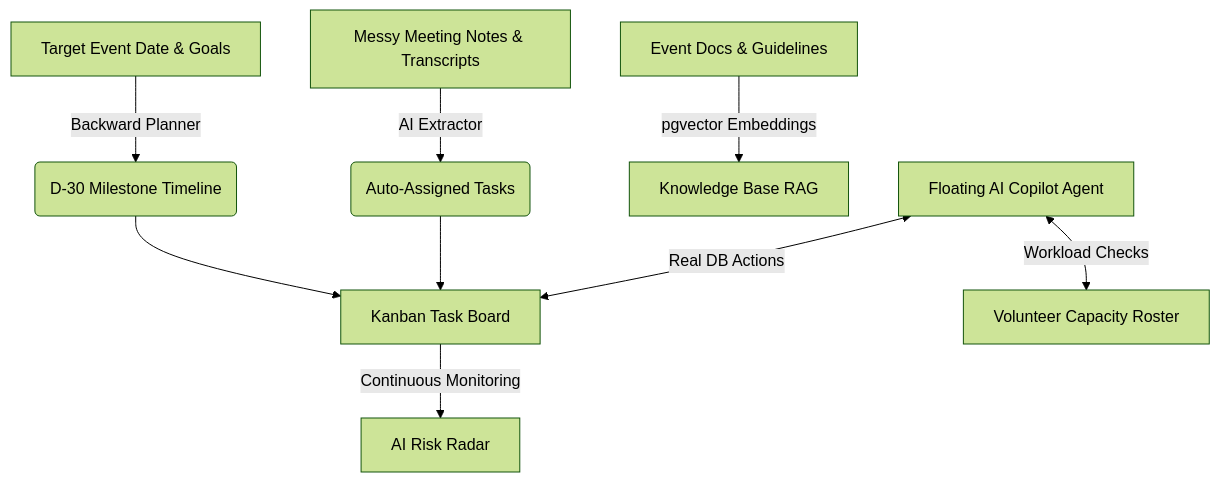
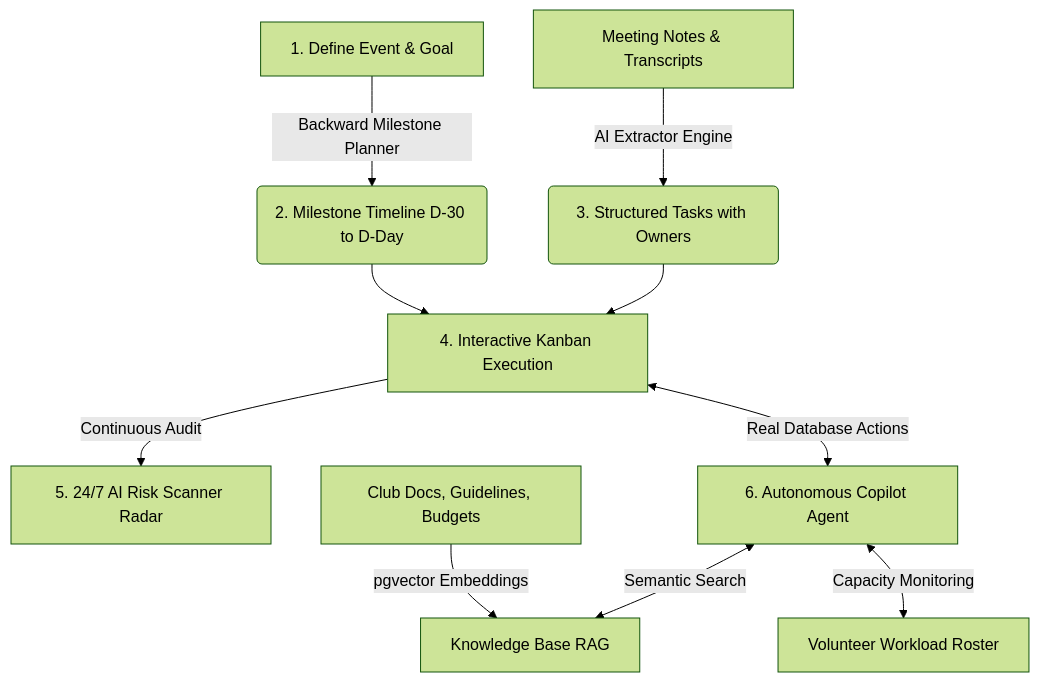
One commit to jeetptl1503/convene-ai changed the diagram in README.md. Above: the diagram before and after it, drawn with Mermaid (forest theme). The commit also changed other lines of this file, not shown here.

Commit message:
docs: rewrite README focusing on problem statement, purpose, workflow lifecycle, core capabilities, tech stack, and roadmap

````diff
--- a/README.md
+++ b/README.md
@@ -33,11 +45,12 @@
 ```mermaid
 graph TD
-    A[Target Event Date & Goals] -->|Backward Planner| B(D-30 Milestone Timeline)
-    C[Messy Meeting Notes & Transcripts] -->|AI Extractor| D(Auto-Assigned Tasks)
-    B --> E[Kanban Task Board]
+    A[1. Define Event & Goal] -->|Backward Milestone Planner| B(2. Milestone Timeline D-30 to D-Day)
+    C[Meeting Notes & Transcripts] -->|AI Extractor Engine| D(3. Structured Tasks with Owners)
+    B --> E[4. Interactive Kanban Execution]
     D --> E
-    E -->|Continuous Monitoring| F[AI Risk Radar]
-    G[Event Docs & Guidelines] -->|pgvector Embeddings| H[Knowledge Base RAG]
-    I[Floating AI Copilot Agent] <-->|Real DB Actions| E
-    I <-->|Workload Checks| J[Volunteer Capacity Roster]
+    E -->|Continuous Audit| F[5. 24/7 AI Risk Scanner Radar]
+    E <-->|Real Database Actions| G[6. Autonomous Copilot Agent]
+    H[Club Docs, Guidelines, Budgets] -->|pgvector Embeddings| I[Knowledge Base RAG]
+    G <-->|Semantic Search| I
+    G <-->|Capacity Monitoring| J[Volunteer Workload Roster]
 ```
````
